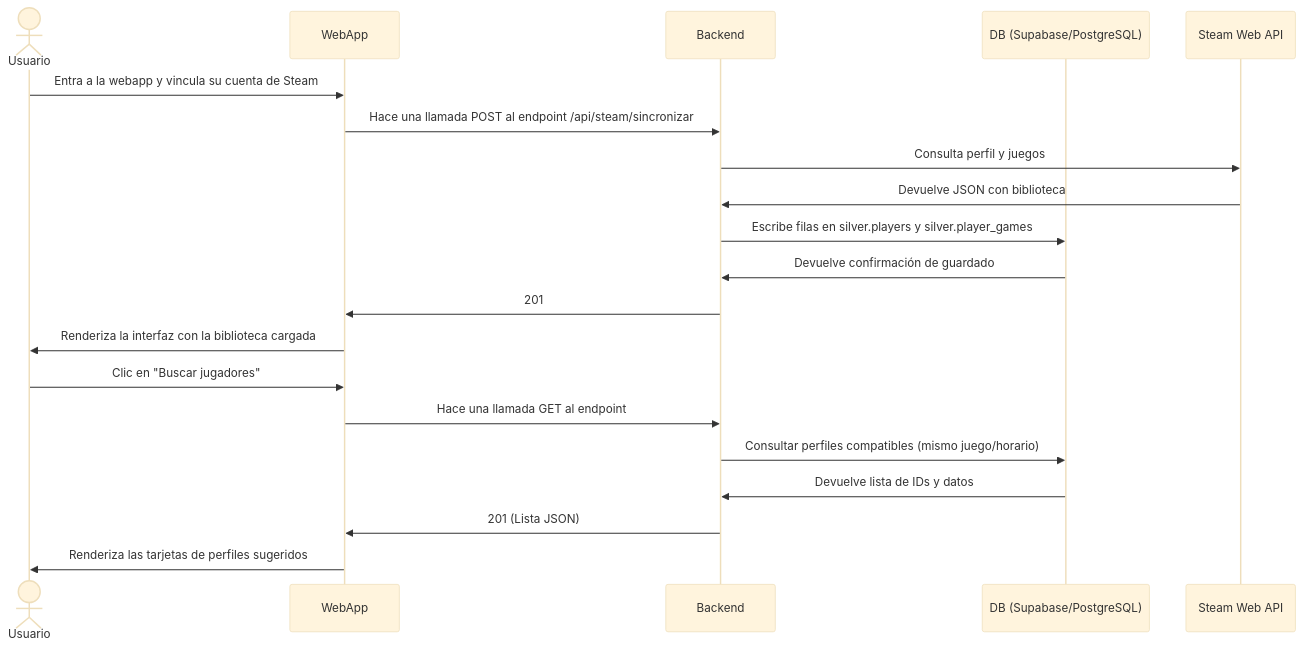
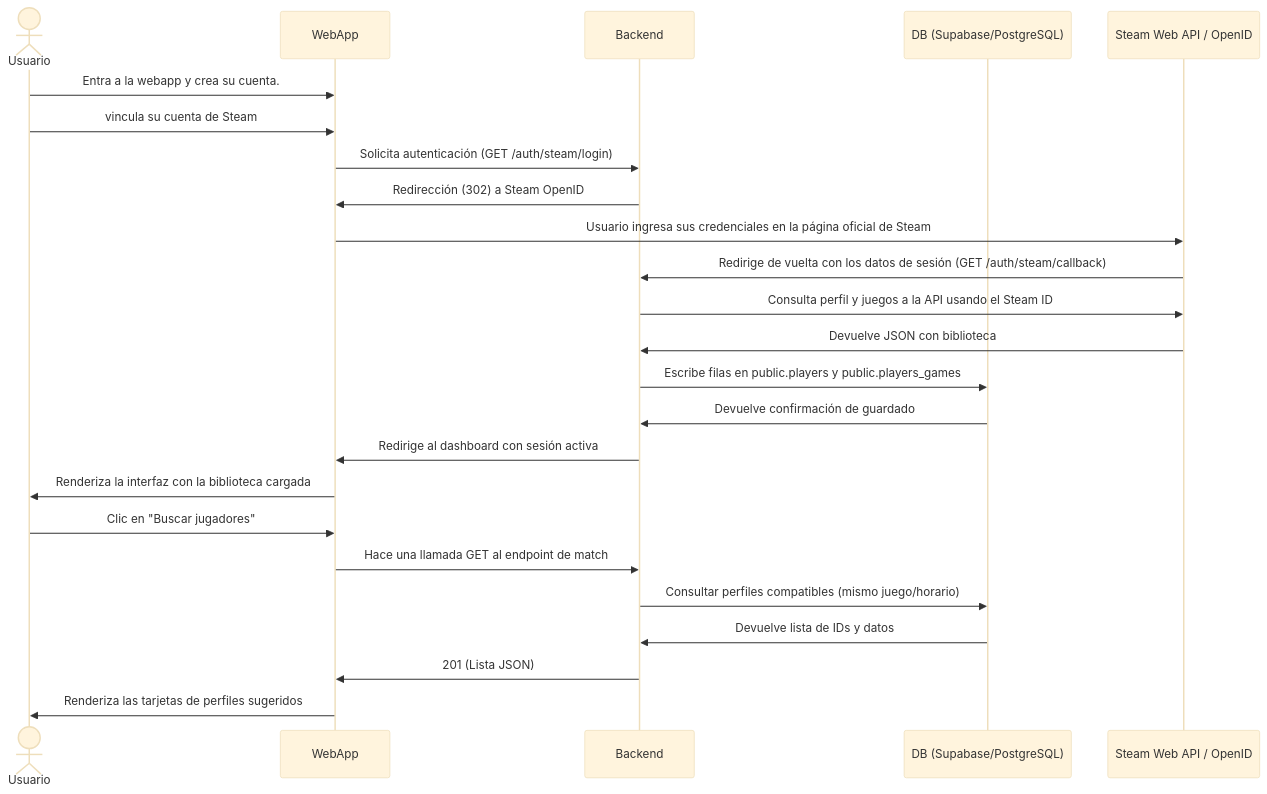
One commit to SE-7003-2027/Softwarecitoz changed the second of 2 diagrams in docs/02-diseno-sistema/vision-general.qmd. Above: the diagram before and after it, drawn with Mermaid (base theme). The commit also changed other lines of this file, not shown here.

````diff
--- a/docs/02-diseno-sistema/vision-general.qmd
+++ b/docs/02-diseno-sistema/vision-general.qmd
@@ -45,26 +45,30 @@
 ```{mermaid}
 sequenceDiagram
     actor Usuario
     participant WebApp
     participant Backend
     participant DB as DB (Supabase/PostgreSQL)
-    participant Steam as Steam Web API
+    participant Steam as Steam Web API / OpenID
 
-    %% Caso de Uso 1: Vincular Cuenta
-    Usuario->>WebApp: Entra a la webapp y vincula su cuenta de Steam
-    WebApp->>Backend: Hace una llamada POST al endpoint /api/steam/sincronizar
-    Backend->>Steam: Consulta perfil y juegos 
+    %% Caso de Uso 1: Vincular Cuenta con Steam OpenID
+    Usuario->>WebApp: Entra a la webapp y crea su cuenta. 
+    Usuario->>WebApp: vincula su cuenta de Steam
+    WebApp->>Backend: Solicita autenticación (GET /auth/steam/login)
+    Backend->>WebApp: Redirección (302) a Steam OpenID
+    WebApp->>Steam: Usuario ingresa sus credenciales en la página oficial de Steam
+    Steam->>Backend: Redirige de vuelta con los datos de sesión (GET /auth/steam/callback)
+    Backend->>Steam: Consulta perfil y juegos a la API usando el Steam ID
     Steam->>Backend: Devuelve JSON con biblioteca
-    Backend->>DB: Escribe filas en silver.players y silver.player_games
+    Backend->>DB: Escribe filas en public.players y public.players_games
     DB->>Backend: Devuelve confirmación de guardado
-    Backend->>WebApp: 201
+    Backend->>WebApp: Redirige al dashboard con sesión activa
     WebApp->>Usuario: Renderiza la interfaz con la biblioteca cargada
 
     %% Caso de Uso 2: Hacer Match
     Usuario->>WebApp: Clic en "Buscar jugadores"
-    WebApp->>Backend: Hace una llamada GET al endpoint
+    WebApp->>Backend: Hace una llamada GET al endpoint de match
     Backend->>DB: Consultar perfiles compatibles (mismo juego/horario)
     DB->>Backend: Devuelve lista de IDs y datos
     Backend->>WebApp: 201 (Lista JSON)
     WebApp->>Usuario: Renderiza las tarjetas de perfiles sugeridos
 ```
````
